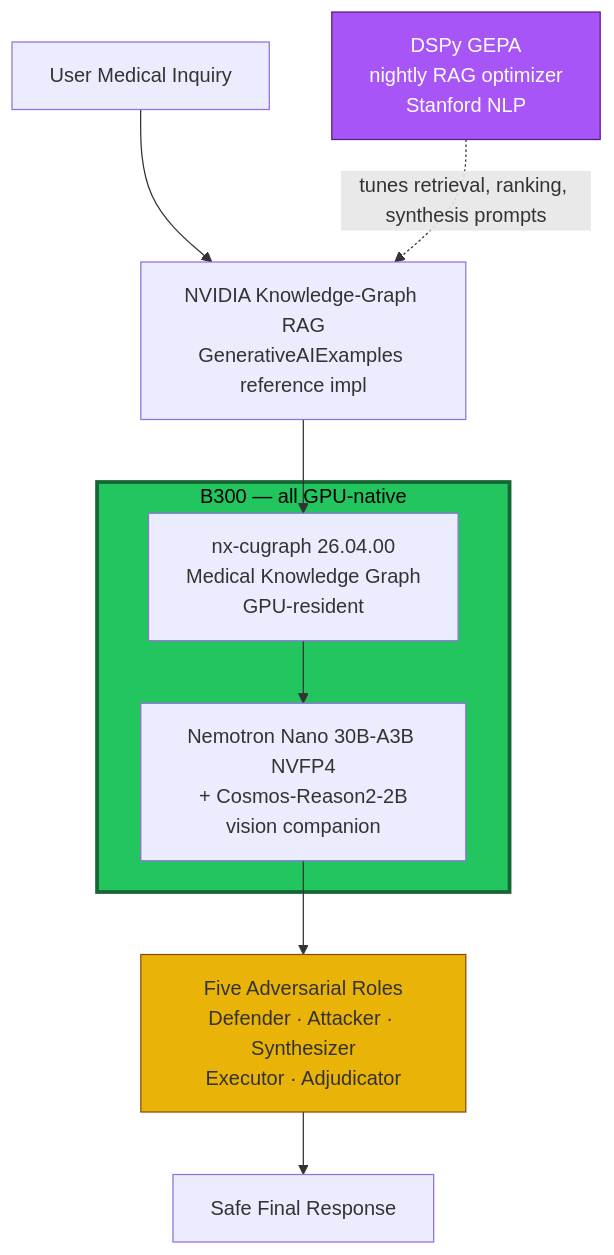
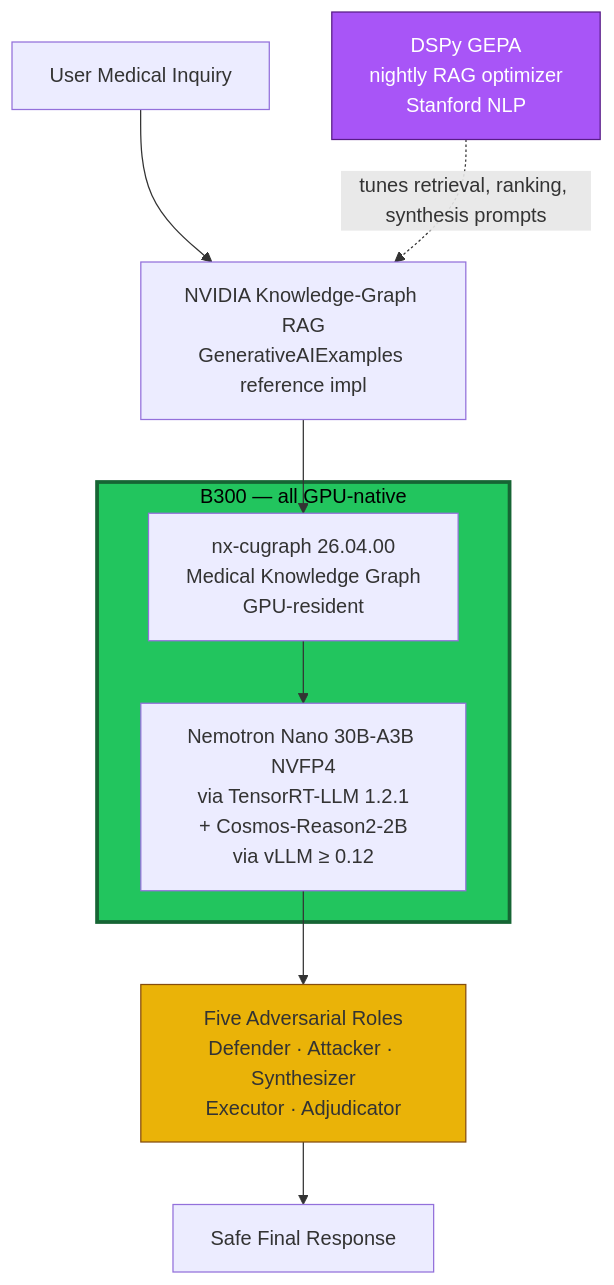
The diagram in findings/research/2026-04-27-future-stack/stack-diagram.md (GOATnote-Inc/prism42), drawn with Mermaid before and after one commit. The commit also changed other lines of this file and 7 other files, not shown here.

First line of the commit message:
research: drop BioNeMo, swap vLLM→TRT-LLM for Nemotron, dual-credit feedback loop

````diff
--- a/findings/research/2026-04-27-future-stack/stack-diagram.md
+++ b/findings/research/2026-04-27-future-stack/stack-diagram.md
@@ -17,24 +17,24 @@
 ```mermaid
 flowchart TD
     User[User Medical Inquiry]
     --> RAG[NVIDIA Knowledge-Graph RAG<br/>GenerativeAIExamples reference impl]
 
     RAG --> Graph[nx-cugraph 26.04.00<br/>Medical Knowledge Graph<br/>GPU-resident]
 
-    Graph --> LLM[Nemotron Nano 30B-A3B NVFP4<br/>+ Cosmos-Reason2-2B<br/>vision companion]
+    Graph --> LLM[Nemotron Nano 30B-A3B NVFP4<br/>via TensorRT-LLM 1.2.1<br/>+ Cosmos-Reason2-2B<br/>via vLLM ≥ 0.12]
 
     LLM --> Five[Five Adversarial Roles<br/>Defender · Attacker · Synthesizer<br/>Executor · Adjudicator]
 
     Five --> Output[Safe Final Response]
 
     Optimizer[DSPy GEPA<br/>nightly RAG optimizer<br/>Stanford NLP] -.->|tunes retrieval, ranking, synthesis prompts| RAG
 
     subgraph B300 ["B300 — all GPU-native"]
         Graph
         LLM
     end
 
     style B300 fill:#22c55e,stroke:#166534,stroke-width:3px,color:#000
     style Five fill:#eab308,stroke:#854d0e
     style Optimizer fill:#a855f7,stroke:#581c87,color:#fff
 ```
````
